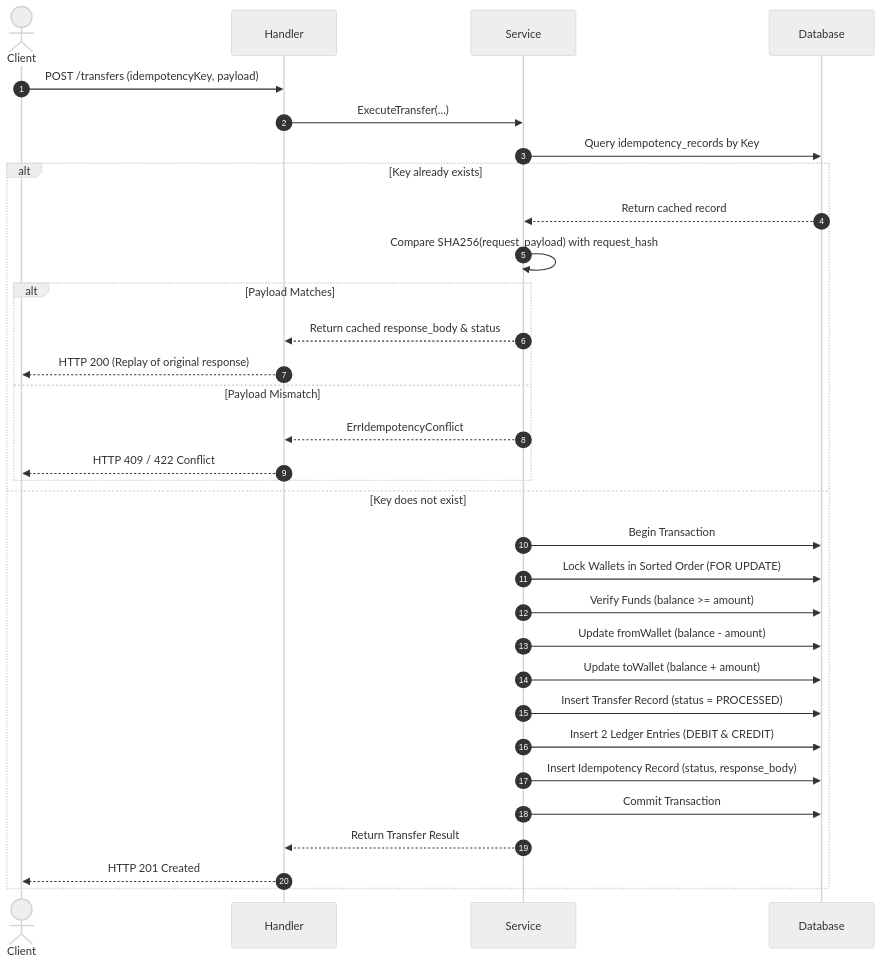
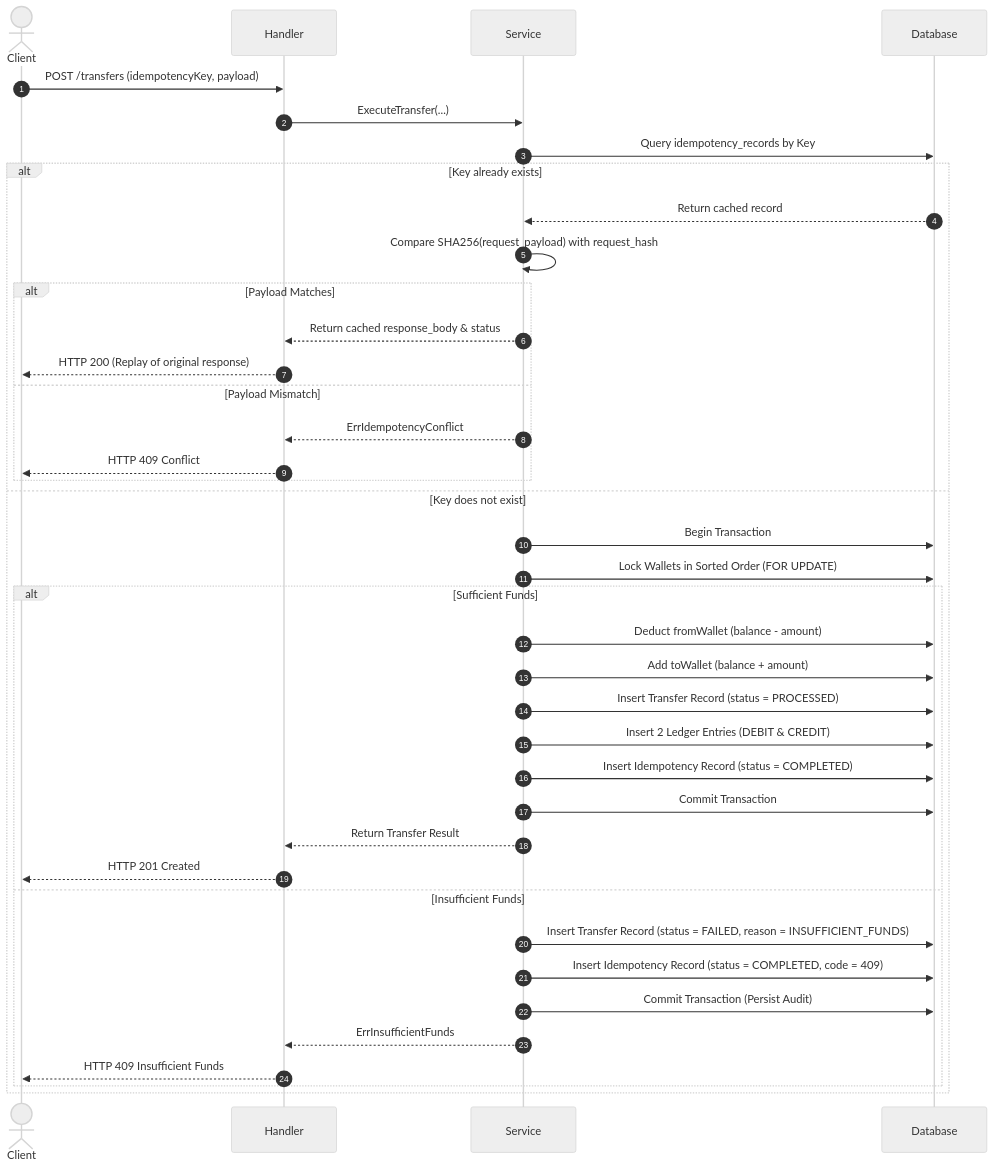
Before and after one commit to safeek-dev/wallet-transfer-assignment: the second of 2 diagrams in APPROACH.md, drawn with Mermaid (neutral theme). The commit also changed other lines of this file, not shown here.

````diff
--- a/APPROACH.md
+++ b/APPROACH.md
@@ -229,35 +249,42 @@
 ```mermaid
 sequenceDiagram
     autonumber
     actor Client
     participant Handler
     participant Service
     participant Database
 
     Client->>Handler: POST /transfers (idempotencyKey, payload)
     Handler->>Service: ExecuteTransfer(...)
     Service->>Database: Query idempotency_records by Key
     alt Key already exists
         Database-->>Service: Return cached record
         Service->>Service: Compare SHA256(request_payload) with request_hash
         alt Payload Matches
             Service-->>Handler: Return cached response_body & status
             Handler-->>Client: HTTP 200 (Replay of original response)
         else Payload Mismatch
             Service-->>Handler: ErrIdempotencyConflict
-            Handler-->>Client: HTTP 409 / 422 Conflict
+            Handler-->>Client: HTTP 409 Conflict
         end
     else Key does not exist
         Service->>Database: Begin Transaction
         Service->>Database: Lock Wallets in Sorted Order (FOR UPDATE)
-        Service->>Database: Verify Funds (balance >= amount)
-        Service->>Database: Update fromWallet (balance - amount)
-        Service->>Database: Update toWallet (balance + amount)
-        Service->>Database: Insert Transfer Record (status = PROCESSED)
-        Service->>Database: Insert 2 Ledger Entries (DEBIT & CREDIT)
-        Service->>Database: Insert Idempotency Record (status, response_body)
-        Service->>Database: Commit Transaction
-        Service-->>Handler: Return Transfer Result
-        Handler-->>Client: HTTP 201 Created
+        alt Sufficient Funds
+            Service->>Database: Deduct fromWallet (balance - amount)
+            Service->>Database: Add toWallet (balance + amount)
+            Service->>Database: Insert Transfer Record (status = PROCESSED)
+            Service->>Database: Insert 2 Ledger Entries (DEBIT & CREDIT)
+            Service->>Database: Insert Idempotency Record (status = COMPLETED)
+            Service->>Database: Commit Transaction
+            Service-->>Handler: Return Transfer Result
+            Handler-->>Client: HTTP 201 Created
+        else Insufficient Funds
+            Service->>Database: Insert Transfer Record (status = FAILED, reason = INSUFFICIENT_FUNDS)
+            Service->>Database: Insert Idempotency Record (status = COMPLETED, code = 409)
+            Service->>Database: Commit Transaction (Persist Audit)
+            Service-->>Handler: ErrInsufficientFunds
+            Handler-->>Client: HTTP 409 Insufficient Funds
+        end
     end
 ```
````
